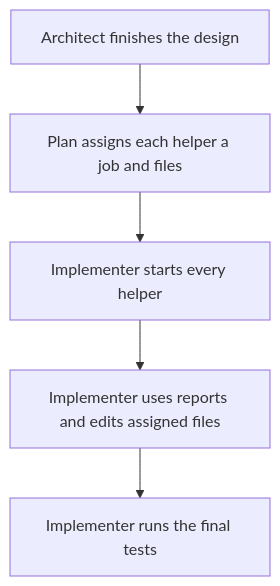
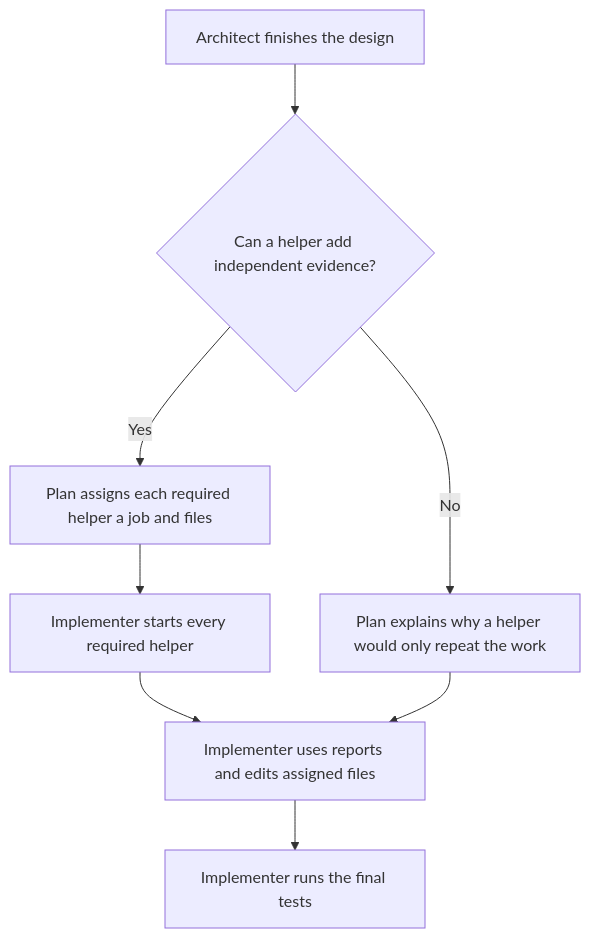
The third of 9 diagrams in ai/README.md (SBU-COSMOLIKE/emulators_code_v2), drawn with Mermaid before and after one commit. The commit also changed other lines of this file and 15 other files, not shown here.

First line of the commit message:
Let the Architect decide when helpers add value

````diff
--- a/ai/README.md
+++ b/ai/README.md
@@ -451,7 +452,10 @@
 ```mermaid
 flowchart TD
-    A["Architect finishes the design"] --> H["Plan assigns each helper a job and files"]
-    H --> S["Implementer starts every helper"]
+    A["Architect finishes the design"] --> D{"Can a helper add independent evidence?"}
+    D -->|"Yes"| H["Plan assigns each required helper a job and files"]
+    D -->|"No"| N["Plan explains why a helper would only repeat the work"]
+    H --> S["Implementer starts every required helper"]
     S --> I["Implementer uses reports and edits assigned files"]
+    N --> I
     I --> V["Implementer runs the final tests"]
 ```
````
